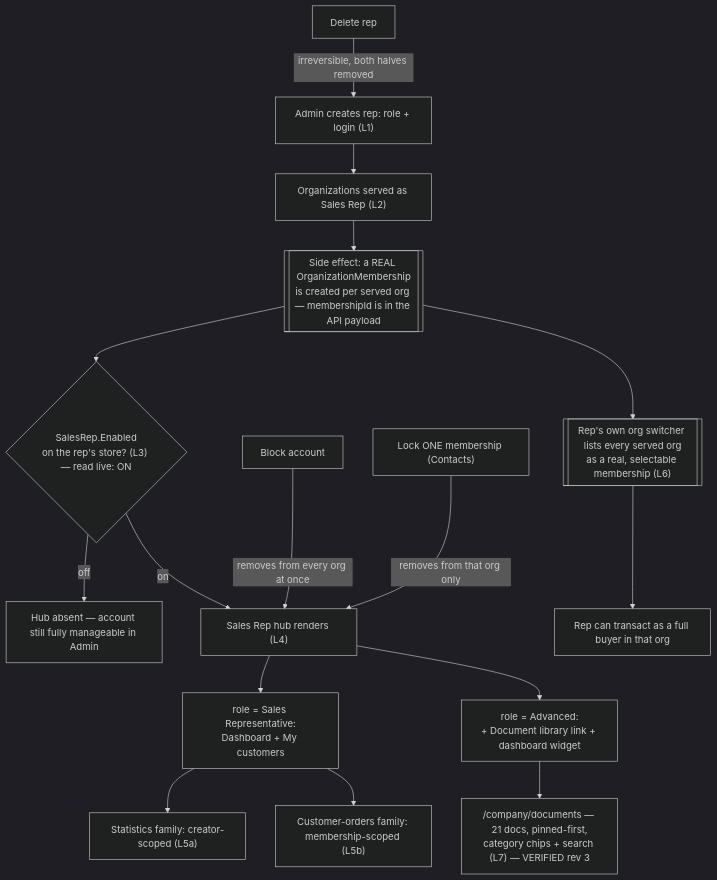
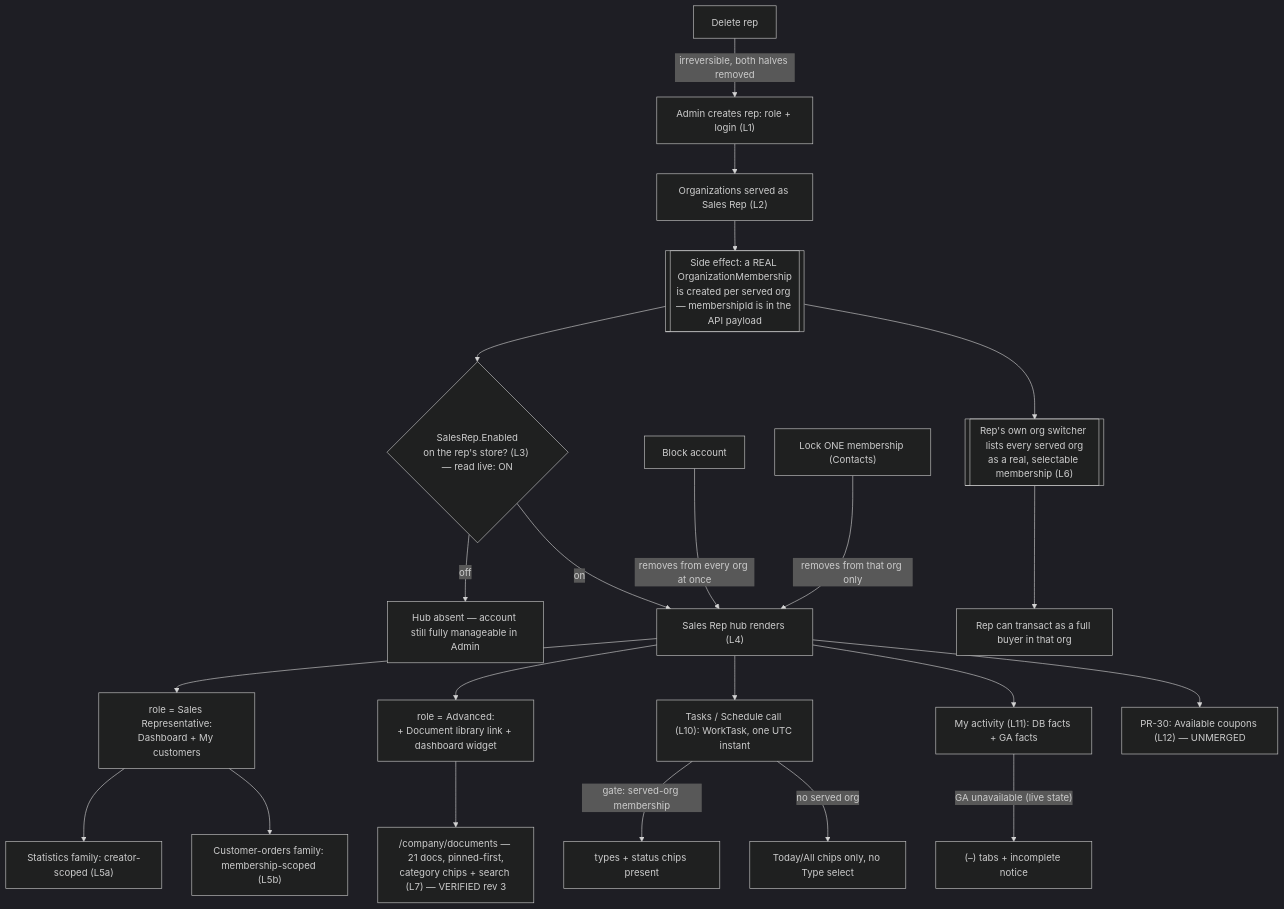
The diagram in .claude/knowledge/domain/sales-rep.md (VirtoCommerce/ai-tools), drawn with Mermaid (dark theme) before and after one commit. The commit also changed other lines of this file and 2 other files, not shown here.

First line of the commit message:
sales-rep: domain map rev 4, mind map update, selection derived from the tag

````diff
--- a/.claude/knowledge/domain/sales-rep.md
+++ b/.claude/knowledge/domain/sales-rep.md
@@ -142,18 +202,24 @@
 ```mermaid
 flowchart TD
   A["Admin creates rep: role + login (L1)"] --> B["Organizations served as Sales Rep (L2)"]
   B --> C[["Side effect: a REAL OrganizationMembership\nis created per served org — membershipId is in the API payload"]]
   C --> D{"SalesRep.Enabled\non the rep's store? (L3) — read live: ON"}
   D -->|off| E["Hub absent — account still fully manageable in Admin"]
   D -->|on| F["Sales Rep hub renders (L4)"]
   F --> F1["role = Sales Representative:\nDashboard + My customers"]
   F --> F2["role = Advanced:\n+ Document library link + dashboard widget"]
   F1 --> G["Statistics family: creator-scoped (L5a)"]
   F1 --> H["Customer-orders family: membership-scoped (L5b)"]
   C --> I[["Rep's own org switcher lists every served org\nas a real, selectable membership (L6)"]]
   I --> J["Rep can transact as a full buyer in that org"]
   F2 --> K["/company/documents — 21 docs, pinned-first,\ncategory chips + search (L7) — VERIFIED rev 3"]
   L["Block account"] -->|removes from every org at once| F
   M["Lock ONE membership (Contacts)"] -->|removes from that org only| F
   N["Delete rep"] -->|irreversible, both halves removed| A
+  F --> T["Tasks / Schedule call (L10): WorkTask, one UTC instant"]
+  T -->|"gate: served-org membership"| T1["types + status chips present"]
+  T -->|"no served org"| T2["Today/All chips only, no Type select"]
+  F --> V["My activity (L11): DB facts + GA facts"]
+  V -->|"GA unavailable (live state)"| V1["(–) tabs + incomplete notice"]
+  F --> W["PR-30: Available coupons (L12) — UNMERGED"]
 ```
````
